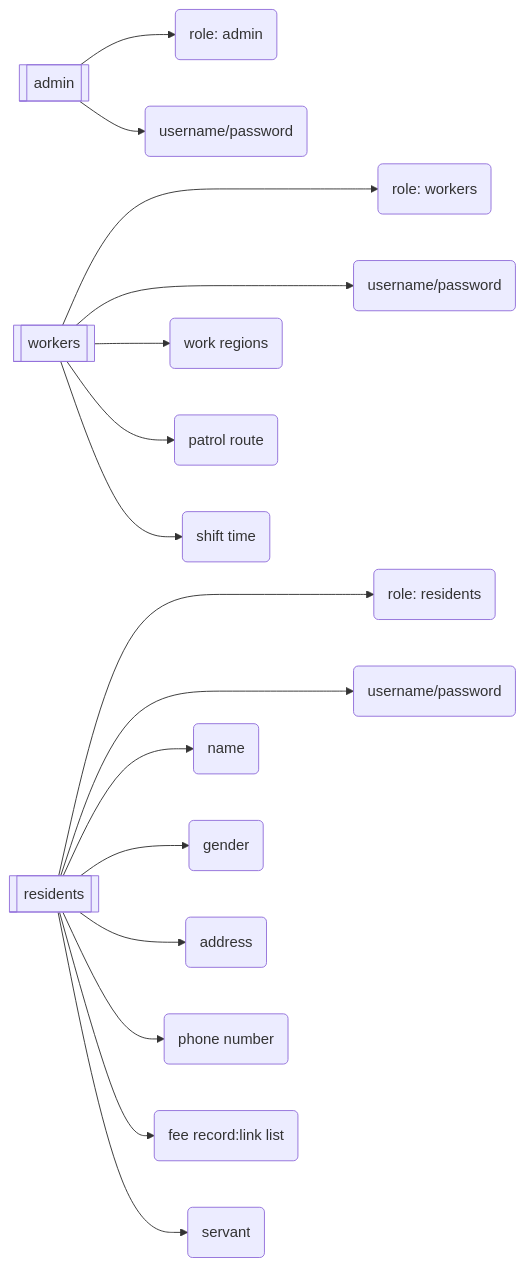
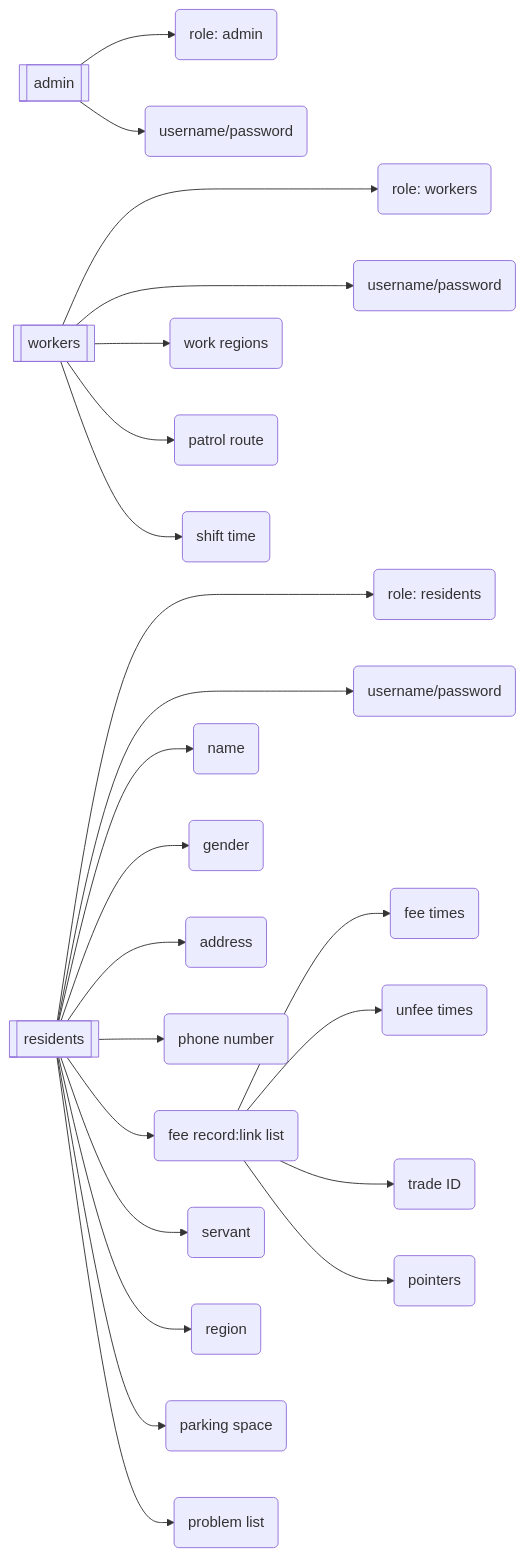
The diagram in user data struct.md (Rushyoung/properties_management), drawn with Mermaid before and after one commit.

Commit message:
doc. fix residents

````diff
--- a/user data struct.md
+++ b/user data struct.md
@@ -5,23 +5,30 @@
 ```mermaid
 graph LR
 A[["admin"]]
 A --> A1(role: admin)
 A --> A2(username/password)
 
 B[[workers]]
 B ---> B1(role: workers)
 B ---> B2(username/password)
 B --> B3(work regions)
 B --> B4(patrol route)
 B --> B5(shift time)
 
 C[[residents]]
 C ---> C1(role: residents)
 C ---> C2(username/password)
 C --> C3(name)
 C --> C4(gender)
 C --> C5(address)
 C --> C6(phone number)
 C --> C7(fee record:link list)
 C --> C8(servant)
+C --> C9(region)
+C --> C10(parking space)
+C --> C11(problem list)
+C7 --> c1(fee times)
+C7 --> c2(unfee times)
+C7 --> c4(trade ID)
+C7 --> c3(pointers)
 ```
````
